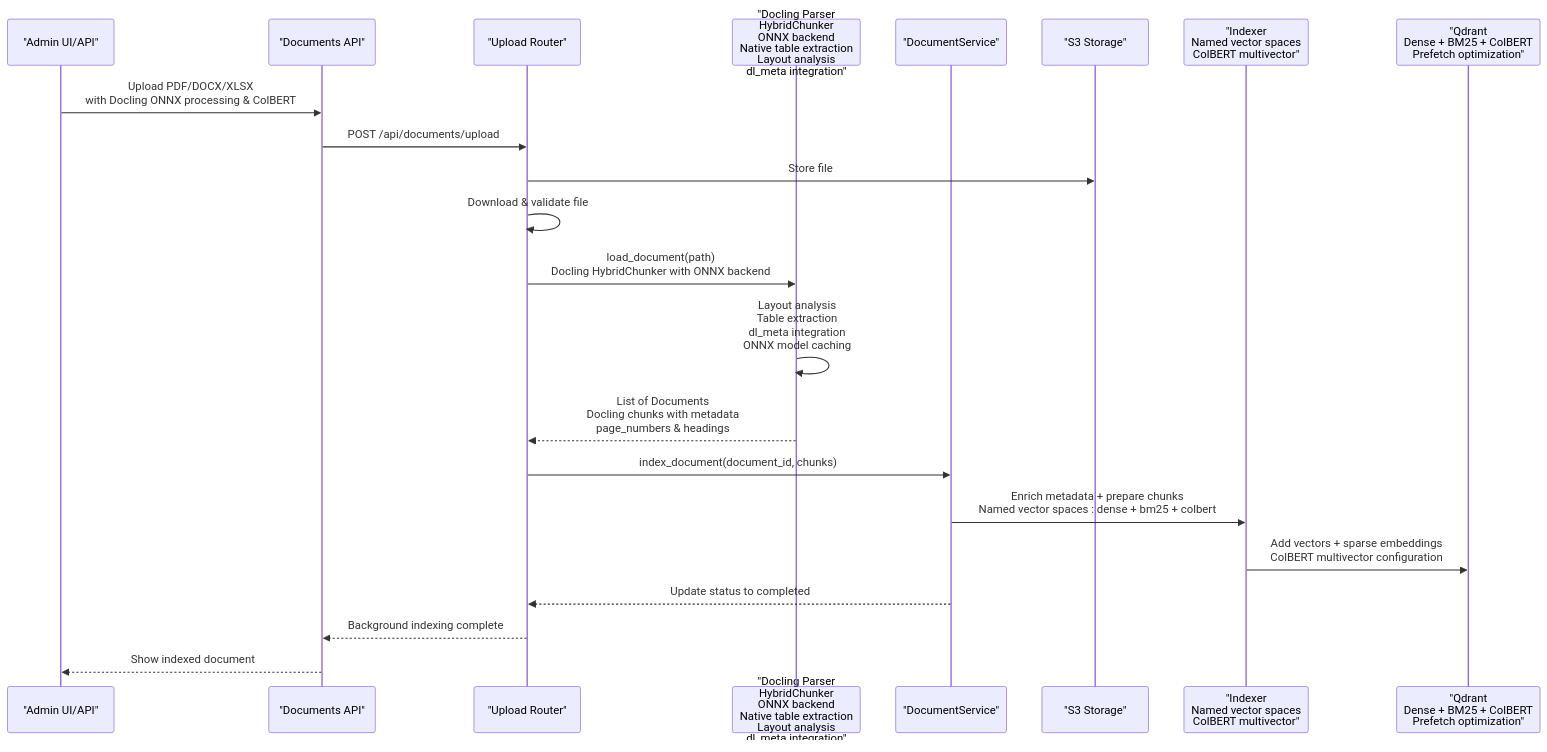
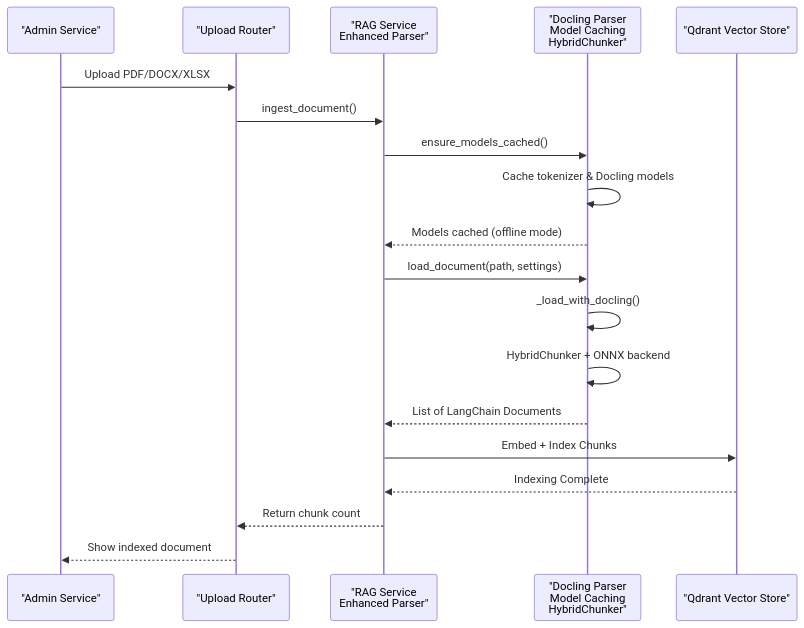
The second of 8 diagrams in .qoder/repowiki/en/content/RAG Integration/RAG Parser Enhancement.md (ognelis/cafetera_hr_bot), drawn with Mermaid before and after one commit. The commit also changed other lines of this file and 69 other files, not shown here.

Commit message:
CAFETERA-62 Implemented RAG service

````diff
--- a/.qoder/repowiki/en/content/RAG Integration/RAG Parser Enhancement.md
+++ b/.qoder/repowiki/en/content/RAG Integration/RAG Parser Enhancement.md
@@ -162,24 +132,21 @@
 ```mermaid
 sequenceDiagram
-participant Admin as "Admin UI/API"
-participant API as "Documents API"
+participant Admin as "Admin Service"
 participant Upload as "Upload Router"
-participant Parser as "Docling Parser<br/>HybridChunker<br/>ONNX backend<br/>Native table extraction<br/>Layout analysis<br/>dl_meta integration"
-participant Service as "DocumentService"
-participant S3 as "S3 Storage"
-participant Indexer as "Indexer<br/>Named vector spaces<br/>ColBERT multivector"
-participant Qdrant as "Qdrant<br/>Dense + BM25 + ColBERT<br/>Prefetch optimization"
-Admin->>API : Upload PDF/DOCX/XLSX<br/>with Docling ONNX processing & ColBERT
-API->>Upload : POST /api/documents/upload
-Upload->>S3 : Store file
-Upload->>Upload : Download & validate file
-Upload->>Parser : load_document(path)<br/>Docling HybridChunker with ONNX backend
-Parser->>Parser : Layout analysis<br/>Table extraction<br/>dl_meta integration<br/>ONNX model caching
-Parser-->>Upload : List of Documents<br/>Docling chunks with metadata<br/>page_numbers & headings
-Upload->>Service : index_document(document_id, chunks)
-Service->>Indexer : Enrich metadata + prepare chunks<br/>Named vector spaces : dense + bm25 + colbert
-Indexer->>Qdrant : Add vectors + sparse embeddings<br/>ColBERT multivector configuration
-Service-->>Upload : Update status to completed
-Upload-->>API : Background indexing complete
-API-->>Admin : Show indexed document
+participant RAGService as "RAG Service<br/>Enhanced Parser"
+participant Parser as "Docling Parser<br/>Model Caching<br/>HybridChunker"
+participant Qdrant as "Qdrant Vector Store"
+Admin->>Upload : Upload PDF/DOCX/XLSX
+Upload->>RAGService : ingest_document()
+RAGService->>Parser : ensure_models_cached()
+Parser->>Parser : Cache tokenizer & Docling models
+Parser-->>RAGService : Models cached (offline mode)
+RAGService->>Parser : load_document(path, settings)
+Parser->>Parser : _load_with_docling()
+Parser->>Parser : HybridChunker + ONNX backend
+Parser-->>RAGService : List of LangChain Documents
+RAGService->>Qdrant : Embed + Index Chunks
+Qdrant-->>RAGService : Indexing Complete
+RAGService-->>Upload : Return chunk count
+Upload-->>Admin : Show indexed document
 ```
````
